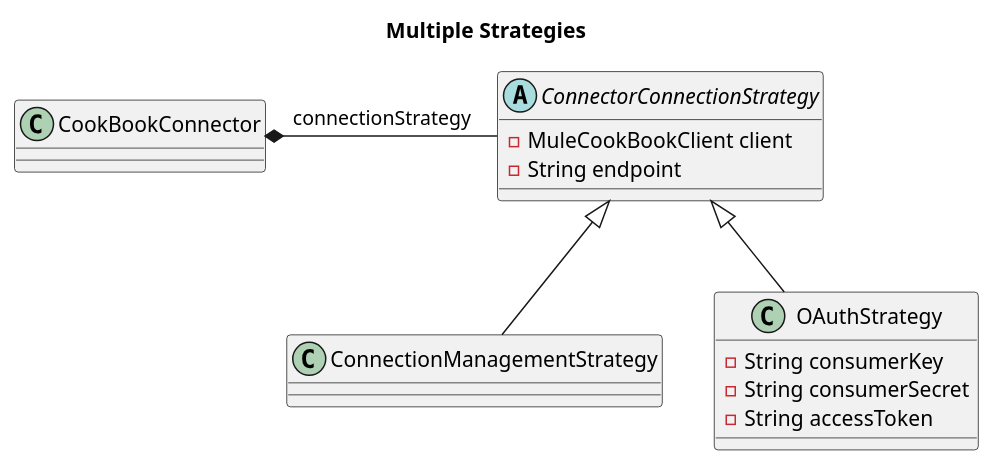
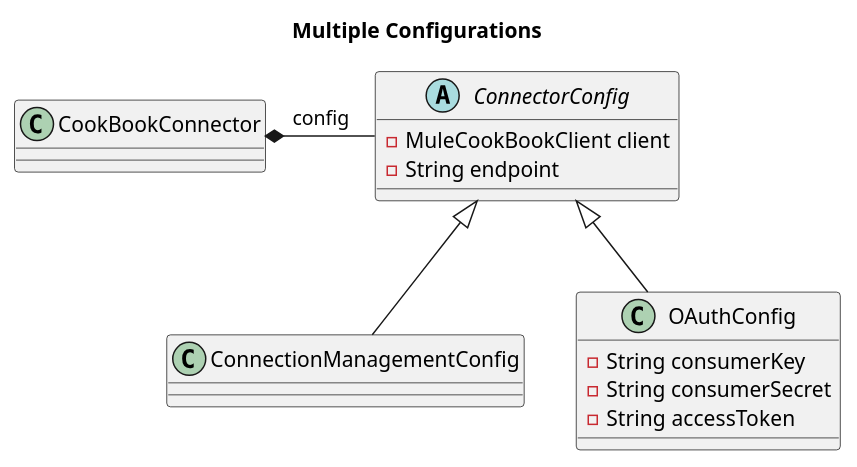
The diagram in tutorial/src/main/asciidoc/multiple-connection-strategies.adoc (adoss/mule-cookbook), drawn with PlantUML before and after one commit. The commit also changed other lines of this file and 32 other files, not shown here.

```diff
--- a/tutorial/src/main/asciidoc/multiple-connection-strategies.adoc
+++ b/tutorial/src/main/asciidoc/multiple-connection-strategies.adoc
@@ -13,27 +13,27 @@
 [plantuml,model,png]
 ----
-title Multiple Strategies
+title Multiple Configurations
 
-ConnectorConnectionStrategy <|-- ConnectionManagementStrategy
-ConnectorConnectionStrategy <|-- OAuthStrategy
-CookBookConnector *- ConnectorConnectionStrategy : connectionStrategy
+ConnectorConfig <|-- ConnectionManagementConfig
+ConnectorConfig <|-- OAuthConfig
+CookBookConnector *- ConnectorConfig : config
 
 
-abstract class ConnectorConnectionStrategy {
+abstract class ConnectorConfig {
 - MuleCookBookClient client
 - String endpoint
 }
 
 class CookBookConnector {
 
 }
 
-class ConnectionManagementStrategy {
+class ConnectionManagementConfig {
 }
 
-class OAuthStrategy {
+class OAuthConfig {
 -String consumerKey
 -String consumerSecret
 -String accessToken
 }
 ----
```
